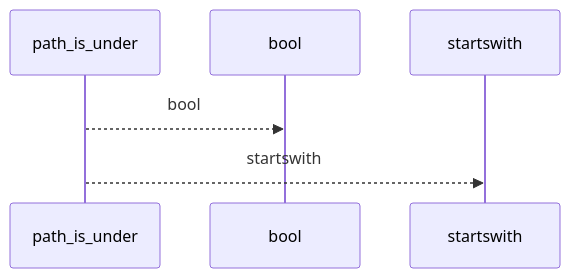
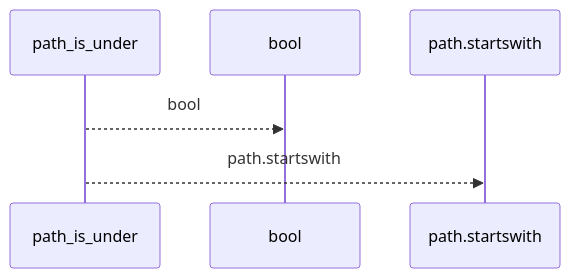
Before and after one commit to Denissvgn/python-wiki-llm: the first of 2 diagrams in docs/llm_wiki/flows/api-path_is_under.md, drawn with Mermaid. The commit also changed other lines of this file and 719 other files, not shown here.

````diff
--- a/docs/llm_wiki/flows/api-path_is_under.md
+++ b/docs/llm_wiki/flows/api-path_is_under.md
@@ -10,8 +10,8 @@
 ```mermaid
 sequenceDiagram
     participant p0 as path_is_under
     participant p1 as bool
-    participant p2 as startswith
+    participant p2 as path.startswith
     p0-->>p1: bool
-    p0-->>p2: startswith
+    p0-->>p2: path.startswith
 ```
````
